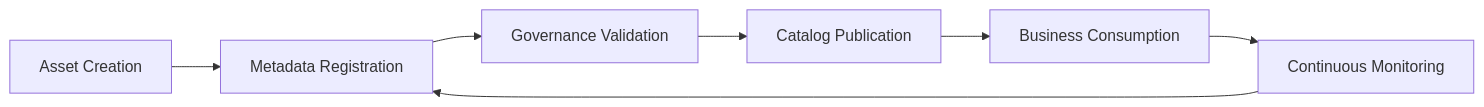
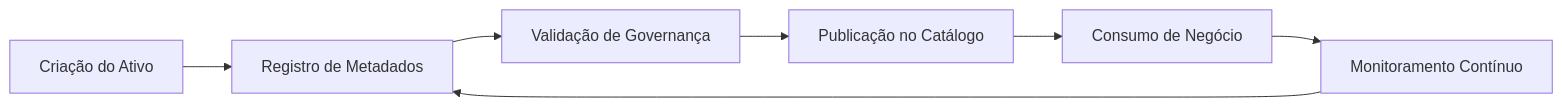
Before and after one commit to rogereufrasio/adtech-omnichannel-platform: the second of 2 diagrams in programs/02-enterprise-data-ai-platform/information-architecture/metadata-strategy.md, drawn with Mermaid. The commit also changed other lines of this file and 260 other files, not shown here.

Commit message:
release: finalize Enterprise Architecture Practice v1.0.0

````diff
--- a/programs/02-enterprise-data-ai-platform/information-architecture/metadata-strategy.md
+++ b/programs/02-enterprise-data-ai-platform/information-architecture/metadata-strategy.md
@@ -117,22 +119,17 @@
 ```mermaid
 flowchart LR
 
-Creation["Asset Creation"]
-
-Registration["Metadata Registration"]
-
-Validation["Governance Validation"]
-
-Publication["Catalog Publication"]
-
-Consumption["Business Consumption"]
-
-Monitoring["Continuous Monitoring"]
+Creation["Criação do Ativo"]
+Registration["Registro de Metadados"]
+Validation["Validação de Governança"]
+Publication["Publicação no Catálogo"]
+Consumption["Consumo de Negócio"]
+Monitoring["Monitoramento Contínuo"]
 
 Creation --> Registration
 Registration --> Validation
 Validation --> Publication
 Publication --> Consumption
 Consumption --> Monitoring
 Monitoring --> Registration
 ```
````
